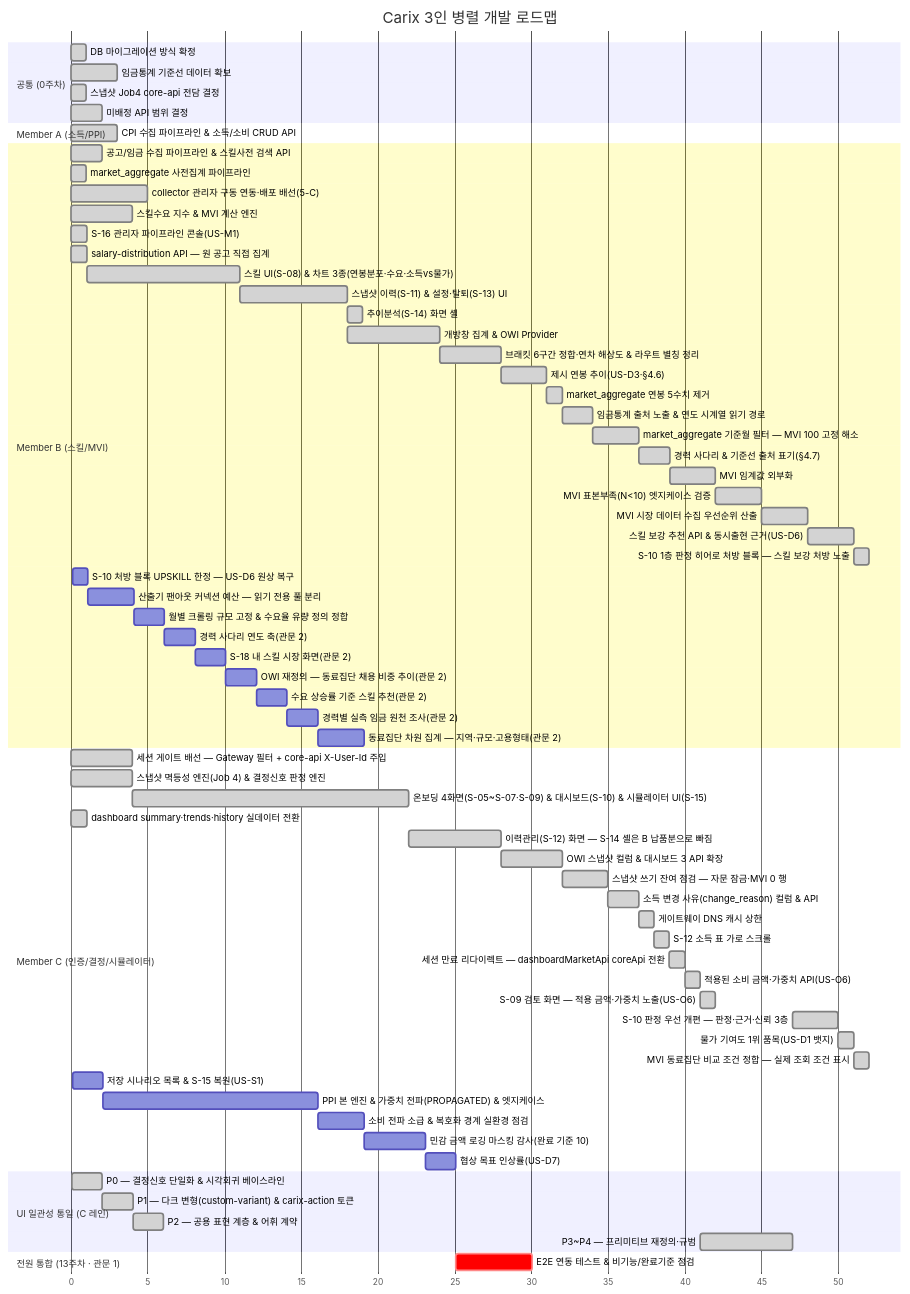
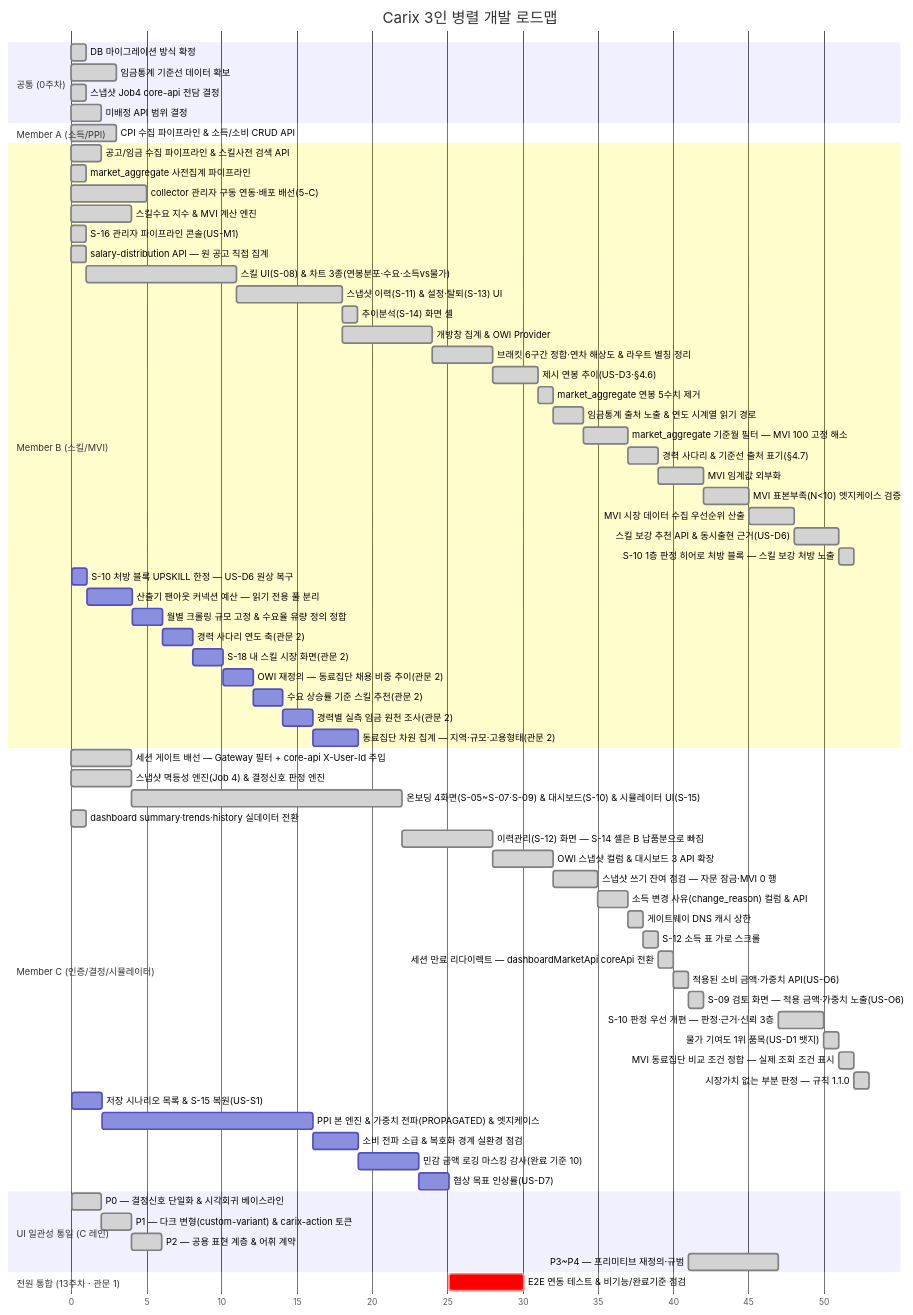
Before and after one commit to SeoHyeokGyu/Carix: the first of 2 diagrams in docs/plans/carix-dev-plan.md, drawn with Mermaid. The commit also changed other lines of this file and 2 other files, not shown here.

````diff
--- a/docs/plans/carix-dev-plan.md
+++ b/docs/plans/carix-dev-plan.md
@@ -94,73 +94,74 @@
 ```mermaid
 gantt
     title Carix 3인 병렬 개발 로드맵
     dateFormat X
     axisFormat %s
     section 공통 (0주차)
     DB 마이그레이션 방식 확정 :done, c0a, 0, 1s
     임금통계 기준선 데이터 확보 :done, a0, 3, 3s
     스냅샷 Job4 core-api 전담 결정 :done, i0, 7, 1s
     미배정 API 범위 결정 :done, c0, 7, 2s
     section Member A (소득/PPI)
     CPI 수집 파이프라인 & 소득/소비 CRUD API :done, a1, 12, 3s
     section Member B (스킬/MVI)
     공고/임금 수집 파이프라인 & 스킬사전 검색 API :done, b1, 2, 2s
     market_aggregate 사전집계 파이프라인 :done, b2a, 3, 1s
     collector 관리자 구동 연동·배포 배선(5-C) :done, b0, 7, 5s
     스킬수요 지수 & MVI 계산 엔진 :done, b2, 8, 4s
     S-16 관리자 파이프라인 콘솔(US-M1) :done, b16, 14, 1s
     salary-distribution API — 원 공고 직접 집계 :done, b3a, 15, 1s
     스킬 UI(S-08) & 차트 3종(연봉분포·수요·소득vs물가) :done, b3, after b3a, 10s
     스냅샷 이력(S-11) & 설정·탈퇴(S-13) UI :done, b4, after b3, 7s
     추이분석(S-14) 화면 셸 :done, b4a, after b4, 1s
     개방창 집계 & OWI Provider :done, b6, after b4, 6s
     브래킷 6구간 정합·연차 해상도 & 라우트 별칭 정리 :done, b7, after b6, 4s
     제시 연봉 추이(US-D3·§4.6) :done, b10, after b7, 3s
     market_aggregate 연봉 5수치 제거 :done, b11, after b10, 1s
     임금통계 출처 노출 & 연도 시계열 읽기 경로 :done, b13, after b11, 2s
     market_aggregate 기준월 필터 — MVI 100 고정 해소 :done, b18, after b13, 3s
     경력 사다리 & 기준선 출처 표기(§4.7) :done, b12, after b18, 2s
     MVI 임계값 외부화 :done, b8, after b12, 3s
     MVI 표본부족(N<10) 엣지케이스 검증 :done, b8a, after b8, 3s
     MVI 시장 데이터 수집 우선순위 산출 :done, b8b, after b8a, 3s
     스킬 보강 추천 API & 동시출현 근거(US-D6) :done, b9, after b8b, 3s
     S-10 1층 판정 히어로 처방 블록 — 스킬 보강 처방 노출 :done, b15, after b9, 1s
     S-10 처방 블록 UPSKILL 한정 — US-D6 원상 복구 :b20, 83, 1s
     산출기 팬아웃 커넥션 예산 — 읽기 전용 풀 분리 :b17, after b20, 3s
     월별 크롤링 규모 고정 & 수요율 유량 정의 정합 :b21, after b17, 2s
     경력 사다리 연도 축(관문 2) :b14, after b21, 2s
     S-18 내 스킬 시장 화면(관문 2) :b19, after b14, 2s
     OWI 재정의 — 동료집단 채용 비중 추이(관문 2) :b22, after b19, 2s
     수요 상승률 기준 스킬 추천(관문 2) :b23, after b22, 2s
     경력별 실측 임금 원천 조사(관문 2) :b24, after b23, 2s
     동료집단 차원 집계 — 지역·규모·고용형태(관문 2) :b25, after b24, 3s
     section Member C (인증/결정/시뮬레이터)
     세션 게이트 배선 — Gateway 필터 + core-api X-User-Id 주입 :done, c0b, 7, 4s
     스냅샷 멱등성 엔진(Job 4) & 결정신호 판정 엔진 :done, c2, 8, 4s
     온보딩 4화면(S-05~S-07·S-09) & 대시보드(S-10) & 시뮬레이터 UI(S-15) :done, c3, after c2, 18s
     dashboard summary·trends·history 실데이터 전환 :done, c4a, 15, 1s
     이력관리(S-12) 화면 — S-14 셸은 B 납품분으로 빠짐 :done, c4, after c3, 6s
     OWI 스냅샷 컬럼 & 대시보드 3 API 확장 :done, c6, after c4, 4s
     스냅샷 쓰기 잔여 점검 — 자문 잠금·MVI 0 행 :done, c5, after c6, 3s
     소득 변경 사유(change_reason) 컬럼 & API :done, c10, after c5, 2s
     게이트웨이 DNS 캐시 상한 :done, c7, after c10, 1s
     S-12 소득 표 가로 스크롤 :done, c13, after c7, 1s
     세션 만료 리다이렉트 — dashboardMarketApi coreApi 전환 :done, c16, after c13, 1s
     적용된 소비 금액·가중치 API(US-O6) :done, c11, after c16, 1s
     S-09 검토 화면 — 적용 금액·가중치 노출(US-O6) :done, c17, after c11, 1s
     S-10 판정 우선 개편 — 판정·근거·신뢰 3층 :done, c15, after ui3, 3s
     물가 기여도 1위 품목(US-D1 뱃지) :done, c12, after c15, 1s
     MVI 동료집단 비교 조건 정합 — 실제 조회 조건 표시 :done, c22, after c12, 1s
+    시장가치 없는 부분 판정 — 규칙 1.1.0 :done, c23, after c22, 1s
     저장 시나리오 목록 & S-15 복원(US-S1) :c9, 83, 2s
     PPI 본 엔진 & 가중치 전파(PROPAGATED) & 엣지케이스 :a2, after c9, 14s
     소비 전파 소급 & 복호화 경계 실환경 점검 :a12, after a2, 3s
     민감 금액 로깅 마스킹 감사(완료 기준 10) :a7, after a12, 4s
     협상 목표 인상률(US-D7) :c8, after a7, 2s
     section UI 일관성 통일 (C 레인)
     P0 — 결정신호 단일화 & 시각회귀 베이스라인 :done, ui0, 33, 2s
     P1 — 다크 변형(custom-variant) & carix-action 토큰 :done, ui1, after ui0, 2s
     P2 — 공용 표현 계층 & 어휘 계약 :done, ui2, after ui1, 2s
     P3~P4 — 프리미티브 재정의·규범 :done, ui3, after c11, 6s
     section 전원 통합 (13주차 · 관문 1)
     E2E 연동 테스트 & 비기능/완료기준 점검 :crit, e2e, after b21 c8, 5s
 ```
````
